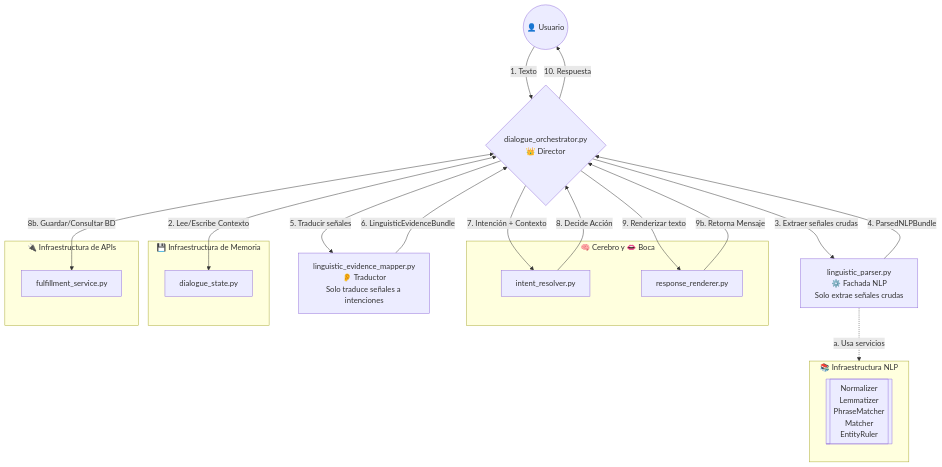
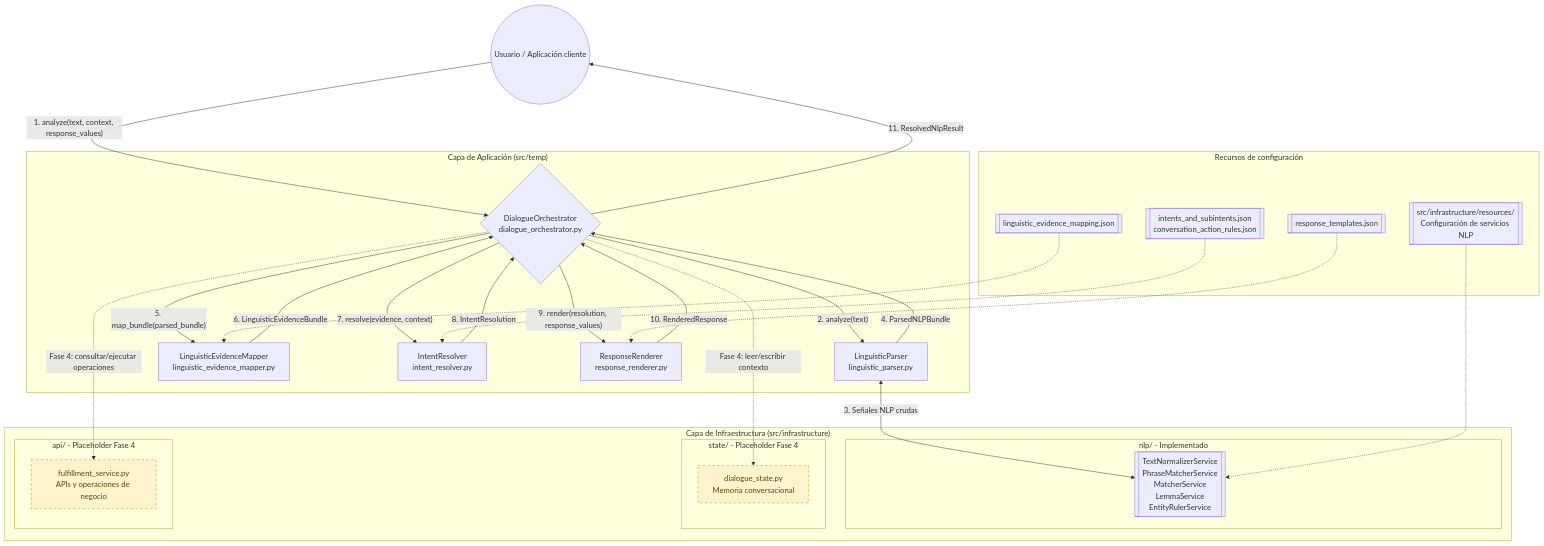
One commit to fomoro/Spacy changed the fifth of 5 diagrams in fases/core_nlp_engine_sm/docs/diagrams/resource_dependencies.md. Above: the diagram before and after it, drawn with Mermaid. The commit also changed other lines of this file and 40 other files, not shown here.

````diff
--- a/fases/core_nlp_engine_sm/docs/diagrams/resource_dependencies.md
+++ b/fases/core_nlp_engine_sm/docs/diagrams/resource_dependencies.md
@@ -180,52 +123,60 @@
 ```mermaid
 flowchart TD
-    Cliente(("👤 Usuario"))
-    Orchestrator{"dialogue_orchestrator.py<br>👑 Director"}
+    Cliente(("Usuario / Aplicación cliente"))
 
-    %% NLU: dos clases con un solo trabajo cada una
-    Parser["linguistic_parser.py<br>⚙️ Fachada NLP<br>Solo extrae señales crudas"]
-    Mapper["linguistic_evidence_mapper.py<br>👂 Traductor<br>Solo traduce señales a intenciones"]
-
-    subgraph InfraNLP ["📚 Infraestructura NLP"]
-        direction TB
-        ServiciosNLP[["Normalizer<br>Lemmatizer<br>PhraseMatcher<br>Matcher<br>EntityRuler"]]
+    subgraph Aplicacion ["Capa de Aplicación (src/temp)"]
+        Orchestrator{"DialogueOrchestrator<br/>dialogue_orchestrator.py"}
+        Parser["LinguisticParser<br/>linguistic_parser.py"]
+        Mapper["LinguisticEvidenceMapper<br/>linguistic_evidence_mapper.py"]
+        Resolver["IntentResolver<br/>intent_resolver.py"]
+        Renderer["ResponseRenderer<br/>response_renderer.py"]
     end
 
-    subgraph CapaLogica ["🧠 Cerebro y 👄 Boca"]
-        Resolver["intent_resolver.py"]
-        Renderer["response_renderer.py"]
+    subgraph Infraestructura ["Capa de Infraestructura (src/infrastructure)"]
+        subgraph InfraNLP ["nlp/ - Implementado"]
+            ServiciosNLP[["TextNormalizerService<br/>PhraseMatcherService<br/>MatcherService<br/>LemmaService<br/>EntityRulerService"]]
+        end
+
+        subgraph InfraEstado ["state/ - Placeholder Fase 4"]
+            DialogueState["dialogue_state.py<br/>Memoria conversacional"]
+        end
+
+        subgraph InfraAPI ["api/ - Placeholder Fase 4"]
+            Fulfillment["fulfillment_service.py<br/>APIs y operaciones de negocio"]
+        end
     end
 
-    subgraph InfraEstado ["💾 Infraestructura de Memoria"]
-        Memoria["dialogue_state.py"]
+    subgraph Recursos ["Recursos de configuración"]
+        NLPConfig[["src/infrastructure/resources/<br/>Configuración de servicios NLP"]]
+        MappingConfig[["linguistic_evidence_mapping.json"]]
+        ResolverConfig[["intents_and_subintents.json<br/>conversation_action_rules.json"]]
+        ResponseConfig[["response_templates.json"]]
     end
 
-    subgraph InfraAPI ["🔌 Infraestructura de APIs"]
-        Ejecutor["fulfillment_service.py"]
-    end
+    Cliente -->|"1. analyze(text, context, response_values)"| Orchestrator
 
-    %% Flujo principal
-    Cliente -->|"1. Texto"| Orchestrator
-    Orchestrator -->|"10. Respuesta"| Cliente
-
-    Orchestrator <-->|"2. Lee/Escribe Contexto"| Memoria
-
-    %% Flujo NLU - DialogueOrchestrator coordina cada paso por separado
-    Orchestrator -->|"3. Extraer señales crudas"| Parser
-    Parser -.->|"a. Usa servicios"| InfraNLP
+    Orchestrator -->|"2. analyze(text)"| Parser
+    Parser <-->|"3. Señales NLP crudas"| ServiciosNLP
     Parser -->|"4. ParsedNLPBundle"| Orchestrator
 
-    Orchestrator -->|"5. Traducir señales"| Mapper
+    Orchestrator -->|"5. map_bundle(parsed_bundle)"| Mapper
     Mapper -->|"6. LinguisticEvidenceBundle"| Orchestrator
 
-    %% Flujo Cerebro
-    Orchestrator -->|"7. Intención + Contexto"| Resolver
-    Resolver -->|"8. Decide Acción"| Orchestrator
+    Orchestrator -->|"7. resolve(evidence, context)"| Resolver
+    Resolver -->|"8. IntentResolution"| Orchestrator
 
-    %% Flujo Ejecución
-    Orchestrator <-->|"8b. Guardar/Consultar BD"| Ejecutor
+    Orchestrator -->|"9. render(resolution, response_values)"| Renderer
+    Renderer -->|"10. RenderedResponse"| Orchestrator
+    Orchestrator -->|"11. ResolvedNlpResult"| Cliente
 
-    %% Flujo Boca
-    Orchestrator -->|"9. Renderizar texto"| Renderer
-    Renderer -->|"9b. Retorna Mensaje"| Orchestrator
+    NLPConfig -.-> ServiciosNLP
+    MappingConfig -.-> Mapper
+    ResolverConfig -.-> Resolver
+    ResponseConfig -.-> Renderer
+
+    Orchestrator -.->|"Fase 4: leer/escribir contexto"| DialogueState
+    Orchestrator -.->|"Fase 4: consultar/ejecutar operaciones"| Fulfillment
+
+    classDef placeholder fill:#fff3cd,stroke:#b8860b,stroke-dasharray: 5 5,color:#5f4500;
+    class DialogueState,Fulfillment placeholder;
 ```
````
